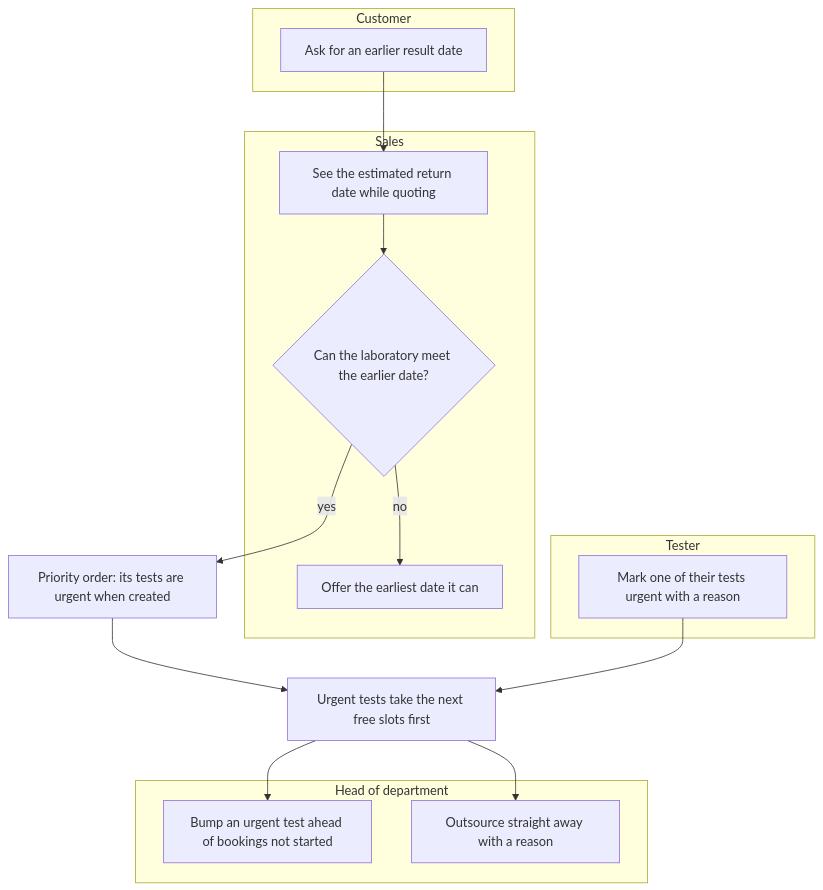
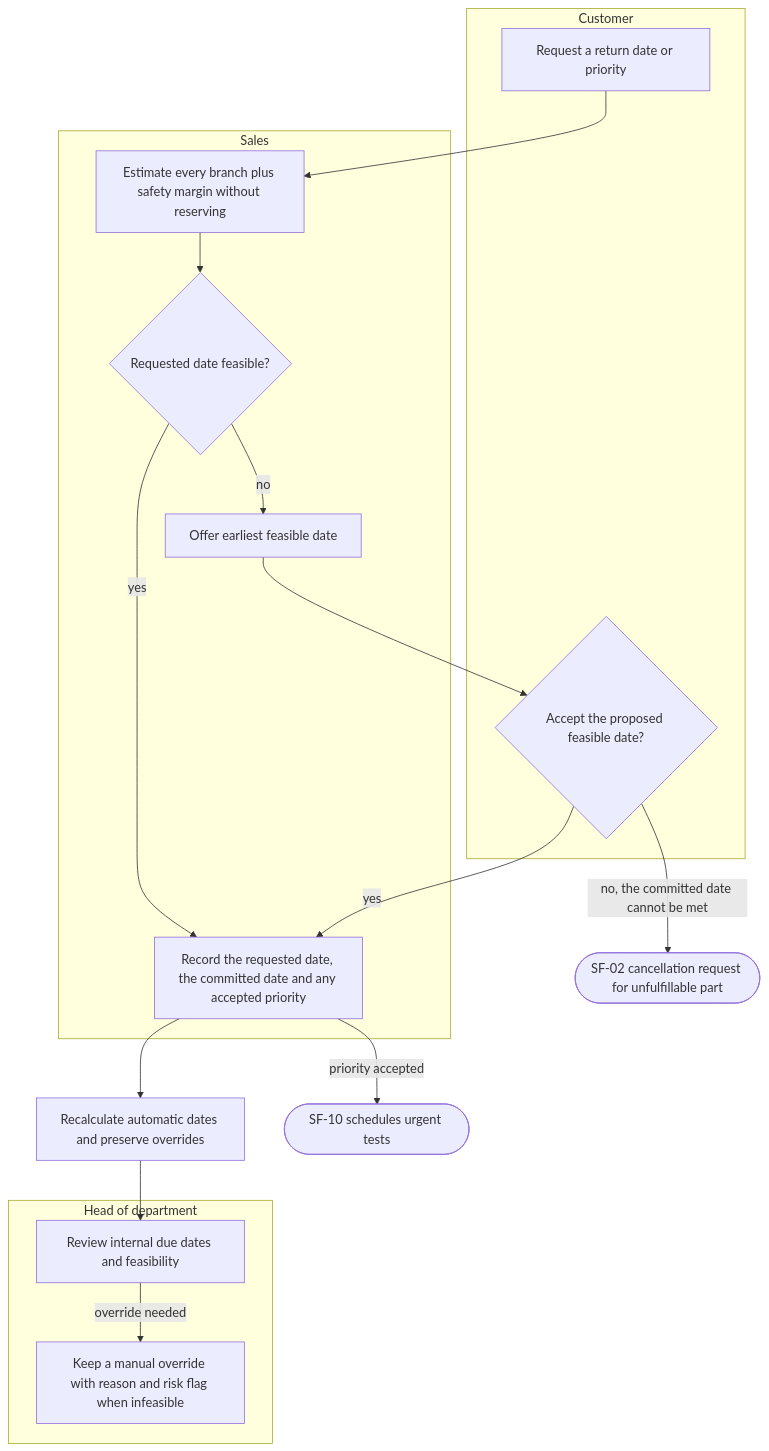
Before and after one commit to SoltuneMontepre/medilab: diagram 13 of 17 in docs/functional/business-flows.md, drawn with Mermaid. The commit also changed other lines of this file and 47 other files, not shown here.

````diff
--- a/docs/functional/business-flows.md
+++ b/docs/functional/business-flows.md
@@ -574,23 +576,25 @@
 ```mermaid
 flowchart TD
     subgraph lane31 ["Customer"]
-        c1[Ask for an earlier result date]
+        c1[Request a return date or priority]
+        c2{Accept the proposed feasible date?}
     end
     subgraph lane32 ["Sales"]
-        s1[See the estimated return date while quoting] --> s2{Can the laboratory meet the earlier date?}
-        s2 -->|no| s3[Offer the earliest date it can]
+        s1[Estimate every branch plus safety margin without reserving]
+        s2{Requested date feasible?}
+        s3[Offer earliest feasible date]
+        s4[Record the requested date, the committed date and any accepted priority]
     end
     subgraph lane33 ["Head of department"]
-        h1[Bump an urgent test ahead of bookings not started]
-        h2[Outsource straight away with a reason]
+        h1[Review internal due dates and feasibility]
+        h2[Keep a manual override with reason and risk flag when infeasible]
     end
-    subgraph lane34 ["Tester"]
-        t1[Mark one of their tests urgent with a reason]
-    end
-    c1 --> s1
-    s2 -->|yes| urgent["Priority order: its tests are urgent when created"]
-    urgent --> queue[Urgent tests take the next free slots first]
-    t1 --> queue
-    queue --> h1
-    queue --> h2
+    c1 --> s1 --> s2
+    s2 -->|yes| s4
+    s2 -->|no| s3 --> c2
+    c2 -->|yes| s4
+    c2 -->|no, the committed date cannot be met| cancel([SF-02 cancellation request for unfulfillable part])
+    s4 --> dates[Recalculate automatic dates and preserve overrides] --> h1
+    h1 -->|override needed| h2
+    s4 -->|priority accepted| urgent([SF-10 schedules urgent tests])
 ```
````
